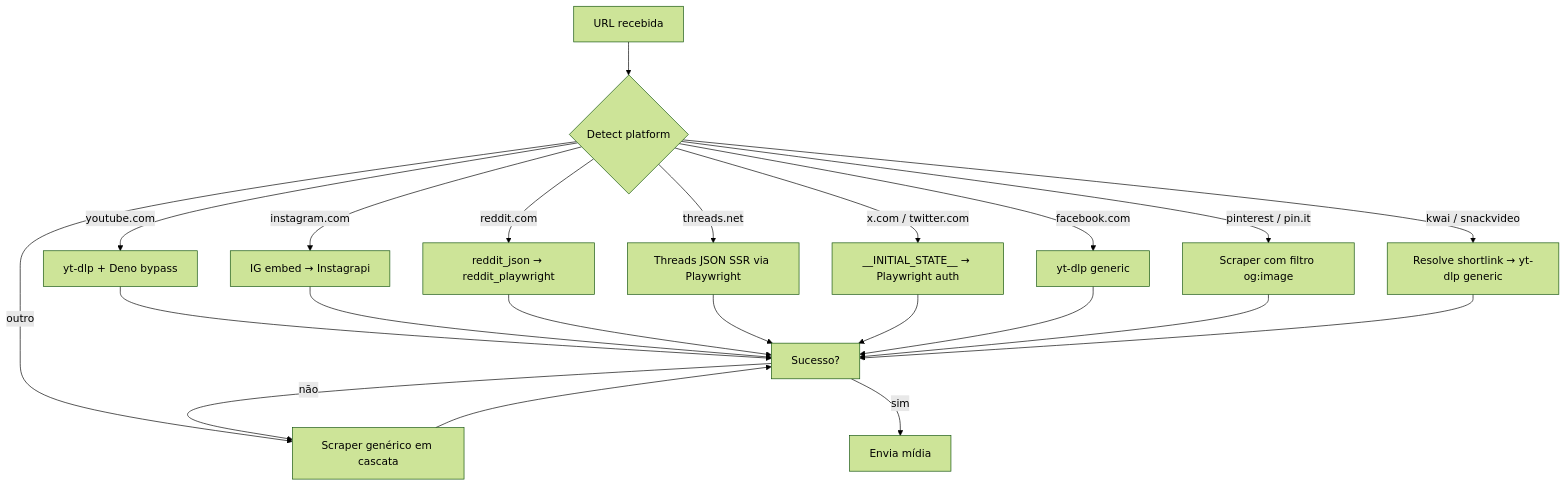
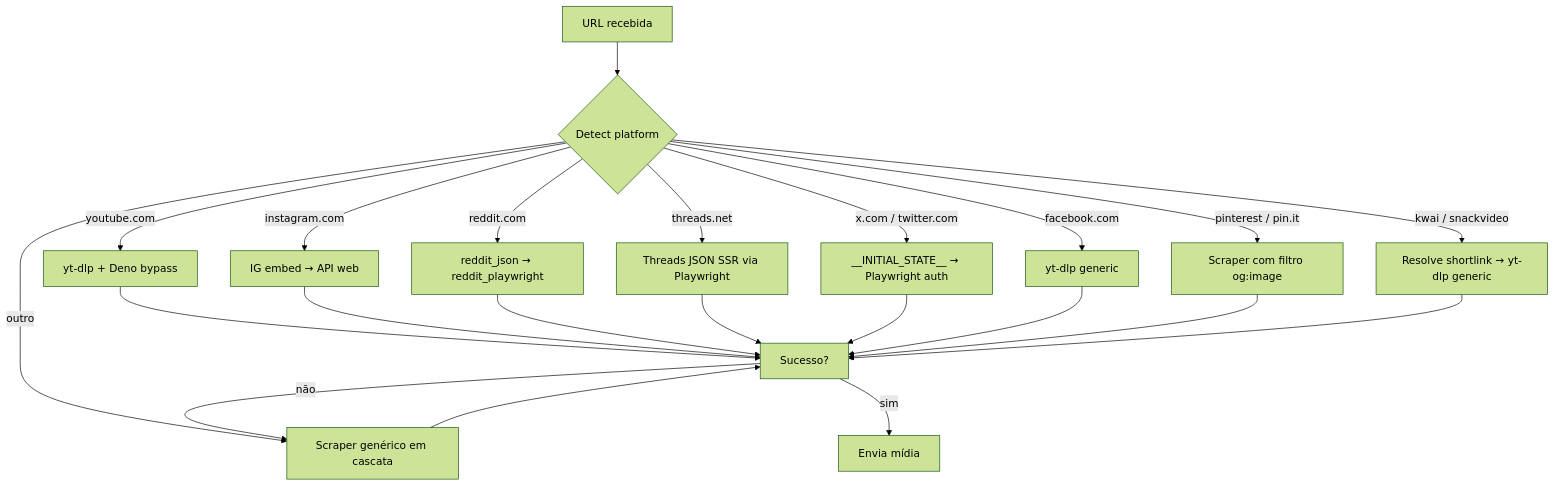
One commit to lordaztur/mediaraven changed the diagram in docs/platforms/index.md. Above: the diagram before and after it, drawn with Mermaid (forest theme). The commit also changed 31 other files, not shown here.

First line of the commit message:
:fire: remove o instagrapi: Instagram só pela API web com a sessão do Firefox

````diff
--- a/docs/platforms/index.md
+++ b/docs/platforms/index.md
@@ -7,24 +7,24 @@
 ```mermaid
 flowchart TD
     A[URL recebida] --> B{Detect platform}
     B -->|youtube.com| YT[yt-dlp + Deno bypass]
-    B -->|instagram.com| IG[IG embed → Instagrapi]
+    B -->|instagram.com| IG[IG embed → API web]
     B -->|reddit.com| RD[reddit_json → reddit_playwright]
     B -->|threads.net| TH[Threads JSON SSR via Playwright]
     B -->|x.com / twitter.com| X[__INITIAL_STATE__ → Playwright auth]
     B -->|facebook.com| FB[yt-dlp generic]
     B -->|pinterest / pin.it| PIN[Scraper com filtro og:image]
     B -->|kwai / snackvideo| KW[Resolve shortlink → yt-dlp generic]
     B -->|outro| SC[Scraper genérico em cascata]
     YT --> S[Sucesso?]
     IG --> S
     RD --> S
     TH --> S
     X --> S
     FB --> S
     PIN --> S
     KW --> S
     SC --> S
     S -->|não| SC
     S -->|sim| OK[Envia mídia]
 ```
````
